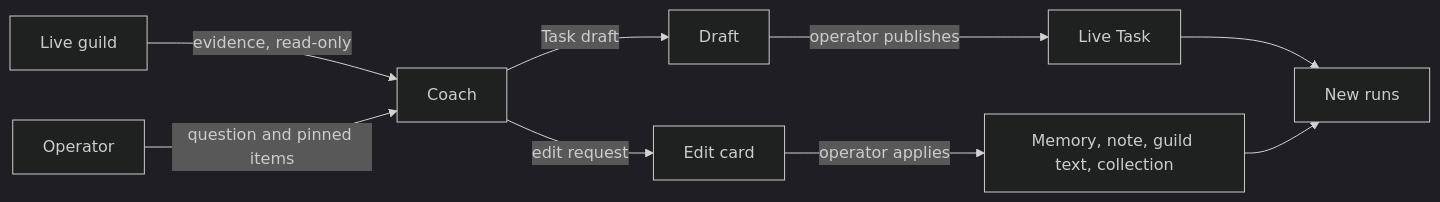
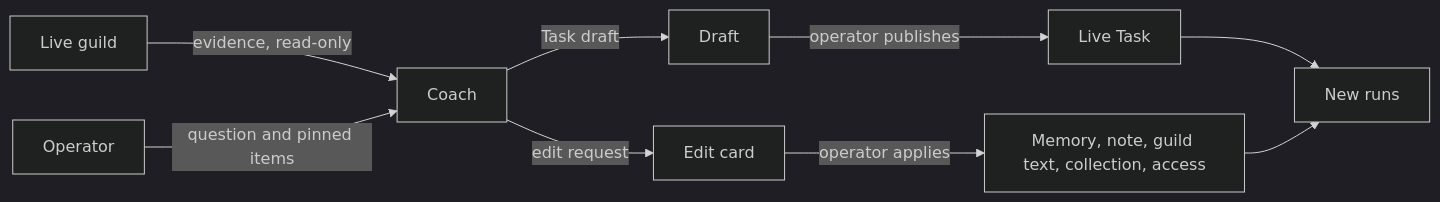
Before and after one commit to CigaleAI/guilds: the diagram in docs/concepts/prompt-studio.md, drawn with Mermaid (dark theme). The commit also changed other lines of this file and 23 other files, not shown here.

````diff
--- a/docs/concepts/prompt-studio.md
+++ b/docs/concepts/prompt-studio.md
@@ -34,11 +41,11 @@
 ```mermaid
 flowchart LR
     G[Live guild] -->|evidence, read-only| C[Coach]
     O[Operator] -->|question and pinned items| C
     C -->|Task draft| D[Draft]
     C -->|edit request| E[Edit card]
     D -->|operator publishes| T[Live Task]
-    E -->|operator applies| W[Memory, note, guild text, collection]
+    E -->|operator applies| W[Memory, note, guild text, collection, access]
     T --> R[New runs]
     W --> R
 ```
````
